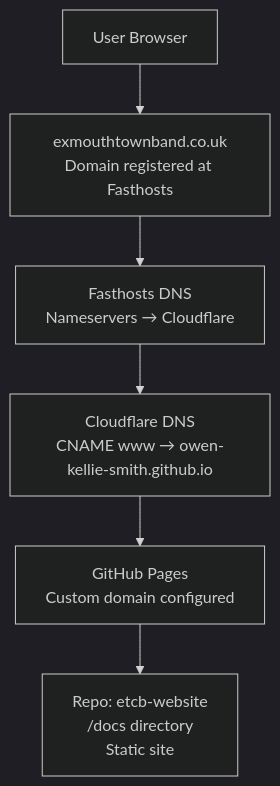
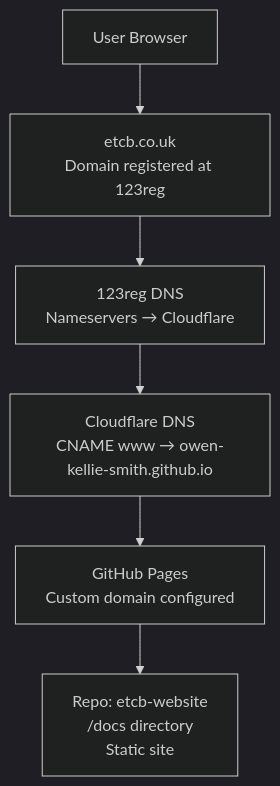
One commit to owen-kellie-smith/etcb-website changed the diagram in README.md. Above: the diagram before and after it, drawn with Mermaid (dark theme). The commit also changed other lines of this file, not shown here.

Commit message:
Update domain names and DNS information in README
Updated domain names in the README to reflect current registrations and DNS settings.

````diff
--- a/README.md
+++ b/README.md
@@ -95,21 +96,21 @@
 ```mermaid
 flowchart TB
 
 A[User Browser]
 
-B[exmouthtownband.co.uk<br>Domain registered at Fasthosts]
+B[etcb.co.uk<br>Domain registered at 123reg]
 
-C[Fasthosts DNS<br>Nameservers → Cloudflare]
+C[123reg DNS<br>Nameservers → Cloudflare]
 
 D[Cloudflare DNS<br>CNAME www → owen-kellie-smith.github.io]
 
 E[GitHub Pages<br>Custom domain configured]
 
 F[Repo: etcb-website<br>/docs directory<br>Static site]
 
 A --> B
 B --> C
 C --> D
 D --> E
 E --> F
 ```
````
